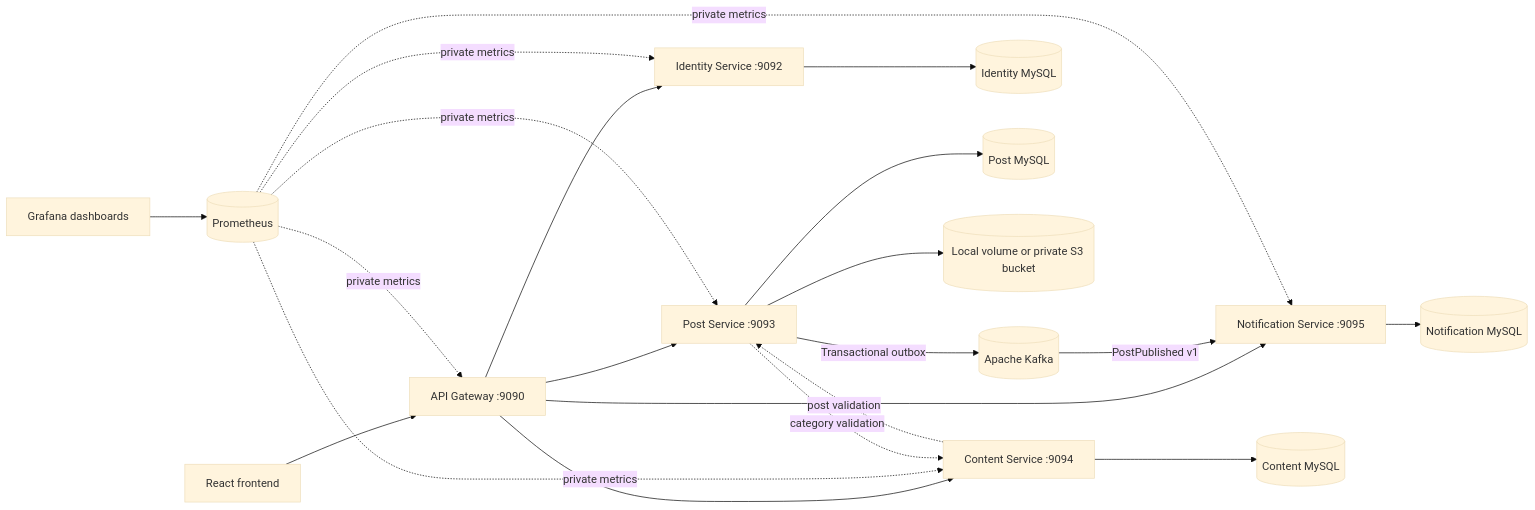
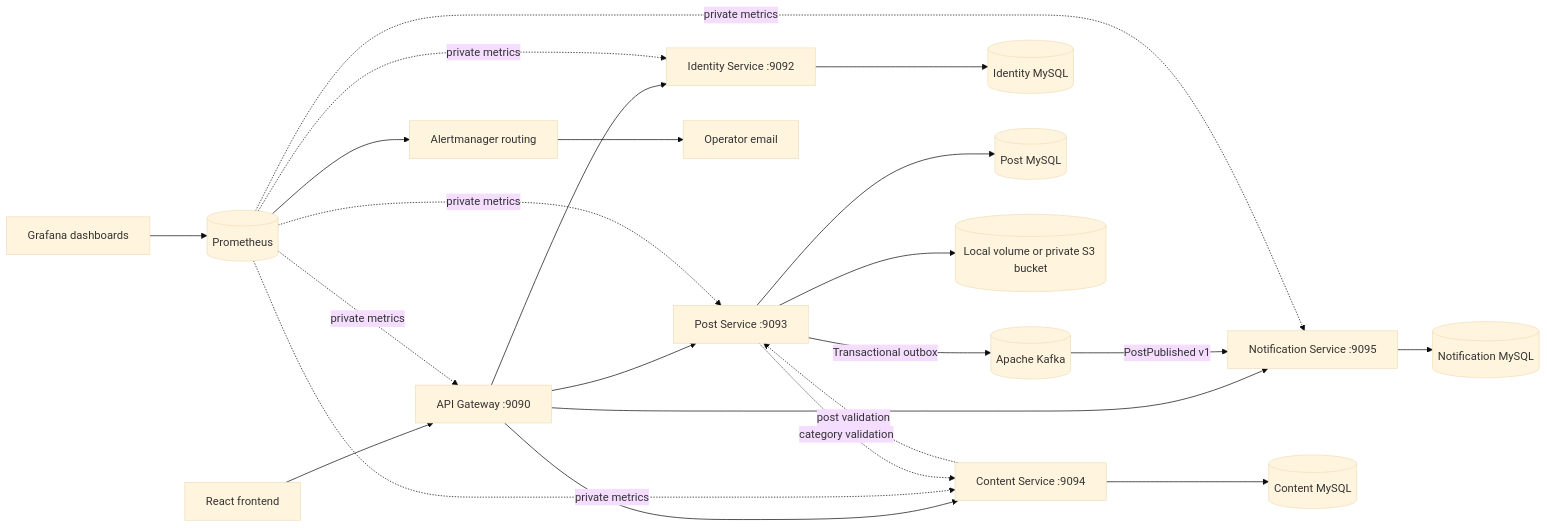
The diagram in README.md (studywithdanish/microservices-backend), drawn with Mermaid (base theme) before and after one commit. The commit also changed other lines of this file and 23 other files, not shown here.

Commit message:
Complete observability phase 4 with Alertmanager routing

````diff
--- a/README.md
+++ b/README.md
@@ -13,23 +13,25 @@
 ```mermaid
 flowchart LR
     Frontend[React frontend] --> Gateway[API Gateway :9090]
     Gateway --> Identity[Identity Service :9092]
     Gateway --> Post[Post Service :9093]
     Gateway --> Content[Content Service :9094]
     Gateway --> Notification[Notification Service :9095]
     Identity --> IdentityDb[(Identity MySQL)]
     Post --> PostDb[(Post MySQL)]
     Post --> Images[(Local volume or private S3 bucket)]
     Content --> ContentDb[(Content MySQL)]
     Post -->|Transactional outbox| Kafka[(Apache Kafka)]
     Kafka -->|PostPublished v1| Notification
     Notification --> NotificationDb[(Notification MySQL)]
     Grafana[Grafana dashboards] --> Prometheus[(Prometheus)]
+    Prometheus --> Alertmanager[Alertmanager routing]
+    Alertmanager --> Operator[Operator email]
     Prometheus -. private metrics .-> Gateway
     Prometheus -. private metrics .-> Identity
     Prometheus -. private metrics .-> Post
     Prometheus -. private metrics .-> Content
     Prometheus -. private metrics .-> Notification
     Post -. category validation .-> Content
     Content -. post validation .-> Post
 ```
````
